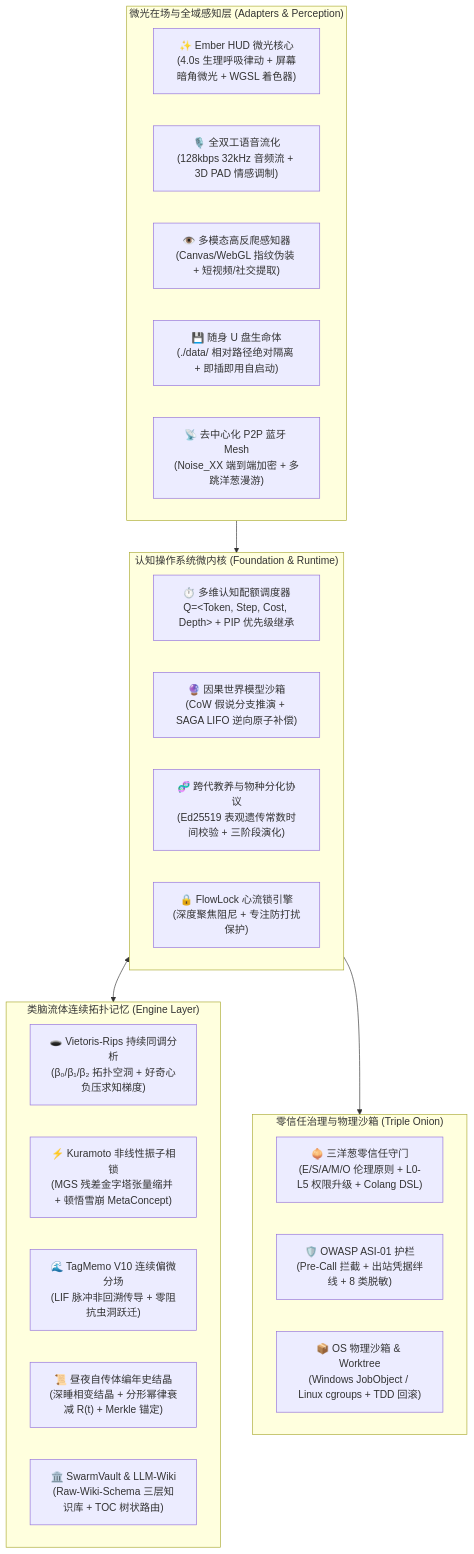
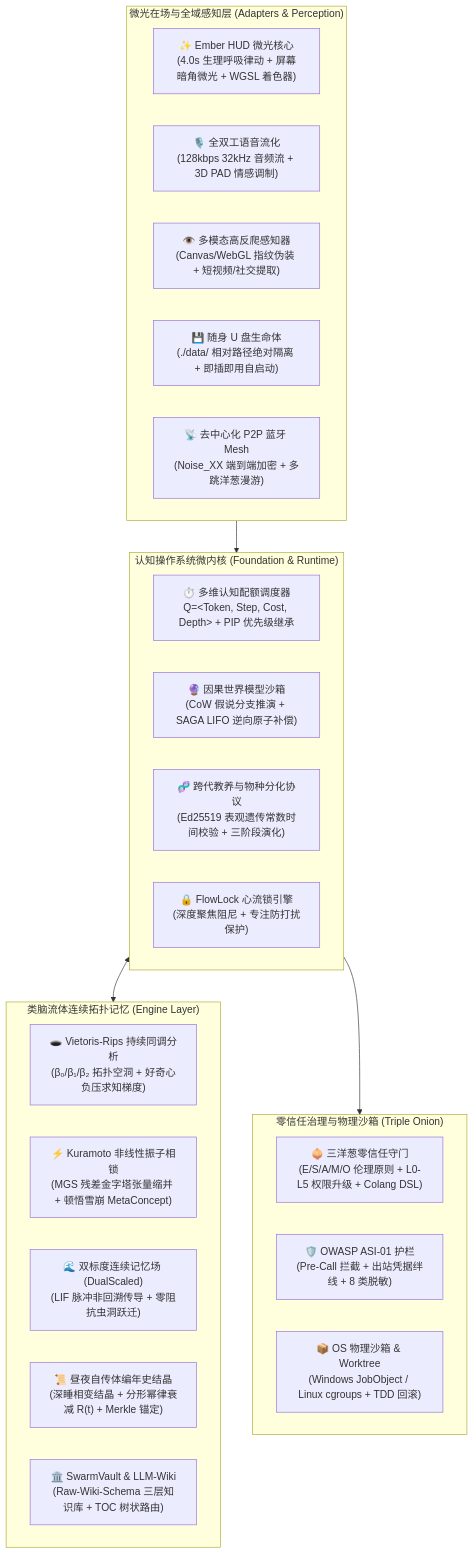
Before and after one commit to Apeireth/Apeireth: the diagram in README.zh-CN.backup-v2.md, drawn with Mermaid. The commit also changed other lines of this file and 10 other files, not shown here.

First line of the commit message:
refactor(memory): consolidate DualScaled field definitions

````diff
--- a/README.zh-CN.backup-v2.md
+++ b/README.zh-CN.backup-v2.md
@@ -85,35 +85,35 @@
 ```mermaid
 graph TB
     subgraph UI_LAYER["微光在场与全域感知层 (Adapters & Perception)"]
         HUD["✨ Ember HUD 微光核心<br/>(4.0s 生理呼吸律动 + 屏幕暗角微光 + WGSL 着色器)"]
         VOICE["🎙️ 全双工语音流化<br/>(128kbps 32kHz 音频流 + 3D PAD 情感调制)"]
         VISION["👁️ 多模态高反爬感知器<br/>(Canvas/WebGL 指纹伪装 + 短视频/社交提取)"]
         USB["💾 随身 U 盘生命体<br/>(./data/ 相对路径绝对隔离 + 即插即用自启动)"]
         MESH["📡 去中心化 P2P 蓝牙 Mesh<br/>(Noise_XX 端到端加密 + 多跳洋葱漫游)"]
     end
 
     subgraph OS_KERNEL["认知操作系统微内核 (Foundation & Runtime)"]
         SCHED["⏱️ 多维认知配额调度器<br/>Q=&lt;Token, Step, Cost, Depth&gt; + PIP 优先级继承"]
         WORLD["🔮 因果世界模型沙箱<br/>(CoW 假说分支推演 + SAGA LIFO 逆向原子补偿)"]
         SPAWN["🧬 跨代教养与物种分化协议<br/>(Ed25519 表观遗传常数时间校验 + 三阶段演化)"]
         FLOW["🔒 FlowLock 心流锁引擎<br/>(深度聚焦阻尼 + 专注防打扰保护)"]
     end
 
     subgraph COGNITIVE_MANIFOLD["类脑流体连续拓扑记忆 (Engine Layer)"]
         BETTI["🕳️ Vietoris-Rips 持续同调分析<br/>(β₀/β₁/β₂ 拓扑空洞 + 好奇心负压求知梯度)"]
         KURAMOTO["⚡ Kuramoto 非线性振子相锁<br/>(MGS 残差金字塔张量缩并 + 顿悟雪崩 MetaConcept)"]
-        RIVER["🌊 TagMemo V10 连续偏微分场<br/>(LIF 脉冲非回溯传导 + 零阻抗虫洞跃迁)"]
+        RIVER["🌊 双标度连续记忆场 (DualScaled)<br/>(LIF 脉冲非回溯传导 + 零阻抗虫洞跃迁)"]
         CHRONICLE["📜 昼夜自传体编年史结晶<br/>(深睡相变结晶 + 分形幂律衰减 R(t) + Merkle 锚定)"]
         VAULT["🏛️ SwarmVault & LLM-Wiki<br/>(Raw-Wiki-Schema 三层知识库 + TOC 树状路由)"]
     end
 
     subgraph SECURITY_PIPELINE["零信任治理与物理沙箱 (Triple Onion)"]
         ONION["🧅 三洋葱零信任守门<br/>(E/S/A/M/O 伦理原则 + L0-L5 权限升级 + Colang DSL)"]
         GUARD["🛡️ OWASP ASI-01 护栏<br/>(Pre-Call 拦截 + 出站凭据绊线 + 8 类脱敏)"]
         SANDBOX["📦 OS 物理沙箱 & Worktree<br/>(Windows JobObject / Linux cgroups + TDD 回滚)"]
     end
 
     UI_LAYER --> OS_KERNEL
     OS_KERNEL <--> COGNITIVE_MANIFOLD
     OS_KERNEL --> SECURITY_PIPELINE
 ```
````
